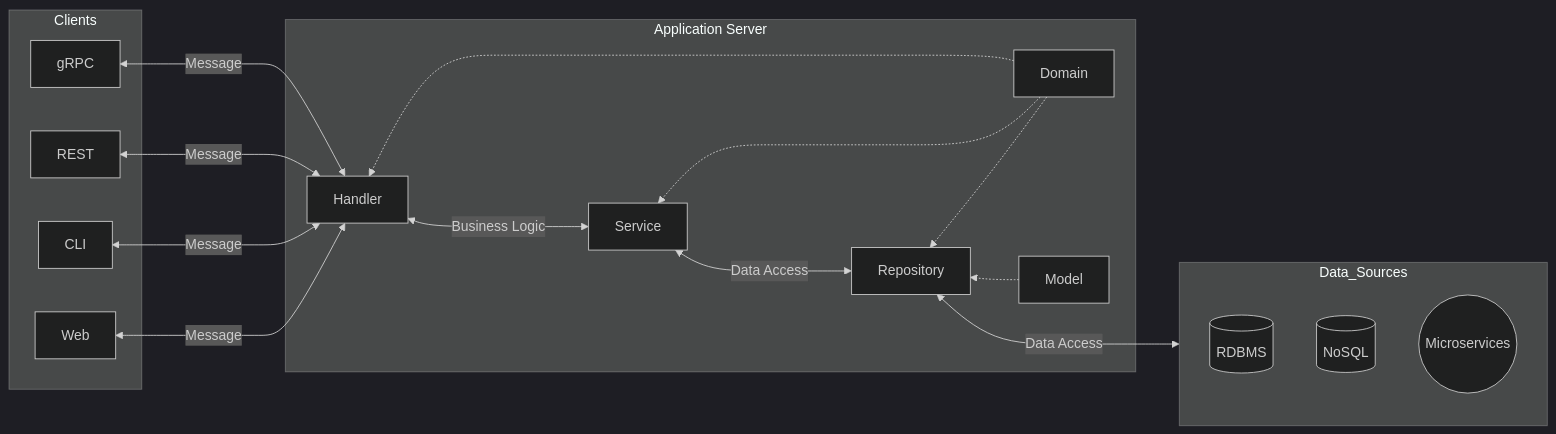
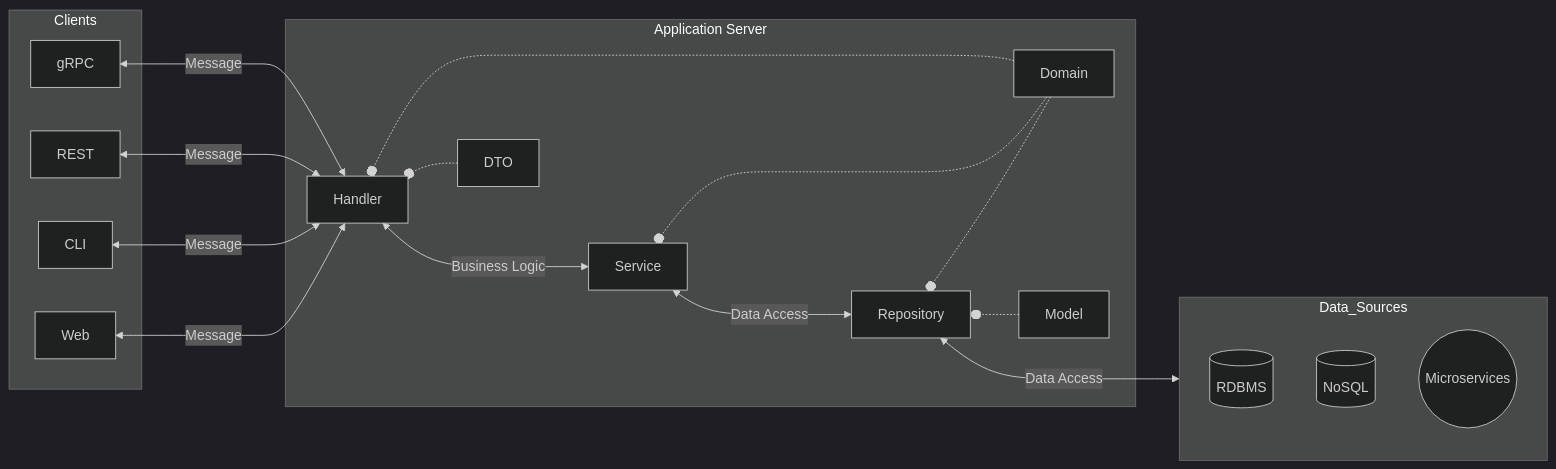
One commit to JamesHooMY/banking changed the diagram in README.md. Above: the diagram before and after it, drawn with Mermaid. The commit also changed 5 other files, not shown here.

Commit message:
feat: add dto in handler

````diff
--- a/README.md
+++ b/README.md
@@ -109,39 +109,43 @@
 ```mermaid
 %%{init: {'theme': 'dark'}}%%
 flowchart RL
     subgraph Data_Sources
         RDBMS[(RDBMS)]
         NoSQL[(NoSQL)]
         Microservices((Microservices))
     end
 
     subgraph Application Server
         Domain["Domain"]
         Model["Model"]
+        DTO["DTO"]
+
         Repository["Repository"]
         Service["Service"]
         Handler["Handler"]
     end
 
     subgraph Clients
         gRPC["gRPC"]
         REST["REST"]
         CLI["CLI"]
         Web["Web"]
     end
 
-    Domain -.-> Handler
-    Domain -.-> Service
-    Domain -.-> Repository
-    Model -.-> Repository
+    Domain -.-o Handler
+    Domain -.-o Service
+    Domain -.-o Repository
+
+    DTO -.-o Handler
+    Model -.-o Repository
 
     Data_Sources <---> |Data Access| Repository
     Repository  <---> |Data Access| Service
     Service <---> |Business Logic| Handler
 
     Handler <---> |Message| gRPC
     Handler <---> |Message| REST
     Handler <---> |Message| CLI
     Handler <---> |Message| Web
 
 ```
````
